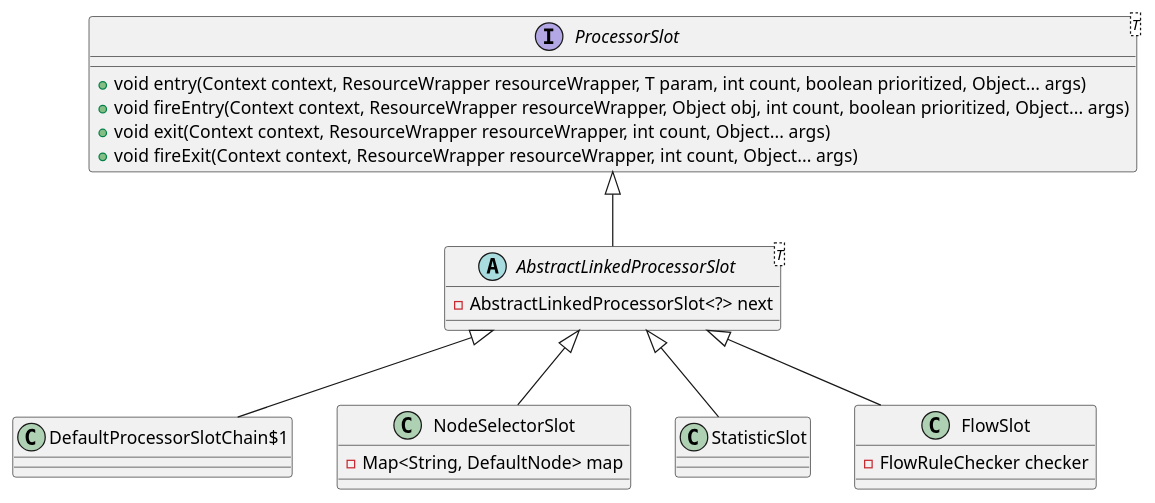
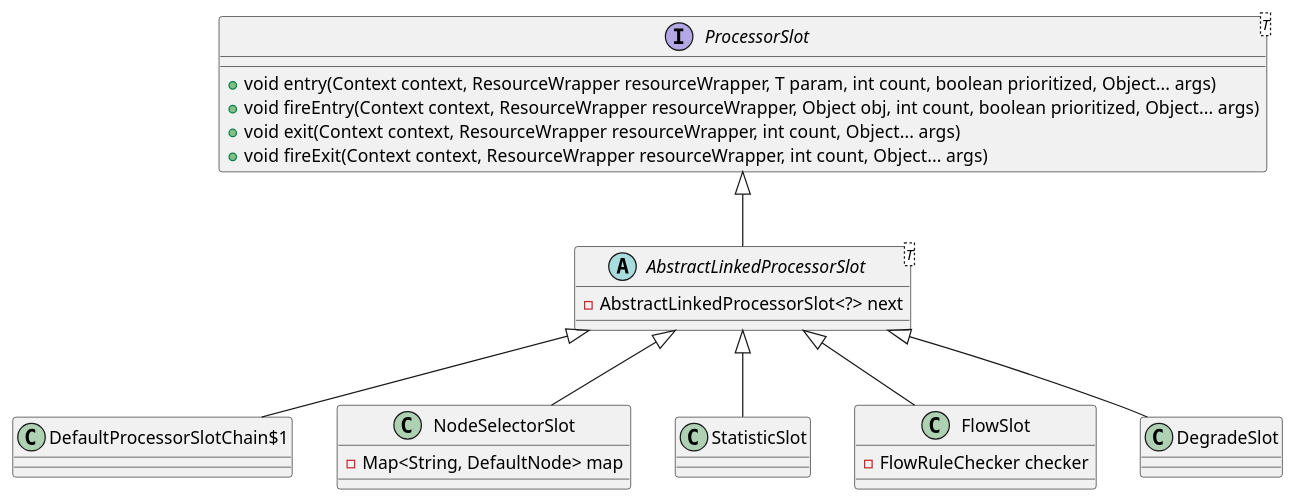
One commit to Gh0st99/Gh0st99.github.io changed the third of 6 diagrams in _posts/2020-08-31-Sentinel.md. Above: the diagram before and after it, drawn with PlantUML. The commit also changed other lines of this file and 4 other files, not shown here.

````diff
--- a/_posts/2020-08-31-Sentinel.md
+++ b/_posts/2020-08-31-Sentinel.md
@@ -367,41 +367,47 @@
 ```plantuml
 @startuml chain类图
 interface ProcessorSlot<T> {
     + void entry(Context context, ResourceWrapper resourceWrapper, T param, int count, boolean prioritized, Object... args)
     + void fireEntry(Context context, ResourceWrapper resourceWrapper, Object obj, int count, boolean prioritized, Object... args)
     + void exit(Context context, ResourceWrapper resourceWrapper, int count, Object... args)
     + void fireExit(Context context, ResourceWrapper resourceWrapper, int count, Object... args)
 }
 
 abstract class AbstractLinkedProcessorSlot<T> {
     - AbstractLinkedProcessorSlot<?> next
 }
 
 ProcessorSlot <|-- AbstractLinkedProcessorSlot
 
 class DefaultProcessorSlotChain$1 {
 
 }
 
 AbstractLinkedProcessorSlot <|-- DefaultProcessorSlotChain$1
 
 class NodeSelectorSlot {
     - Map<String, DefaultNode> map
 }
 
 AbstractLinkedProcessorSlot <|-- NodeSelectorSlot
 
 class StatisticSlot {
 }
 
 AbstractLinkedProcessorSlot <|-- StatisticSlot
 
 
 class FlowSlot {
     - FlowRuleChecker checker
 }
 
 AbstractLinkedProcessorSlot <|-- FlowSlot
 
+class DegradeSlot {
+}
+
+AbstractLinkedProcessorSlot <|-- DegradeSlot
+
+
 @enduml
 ```
````
